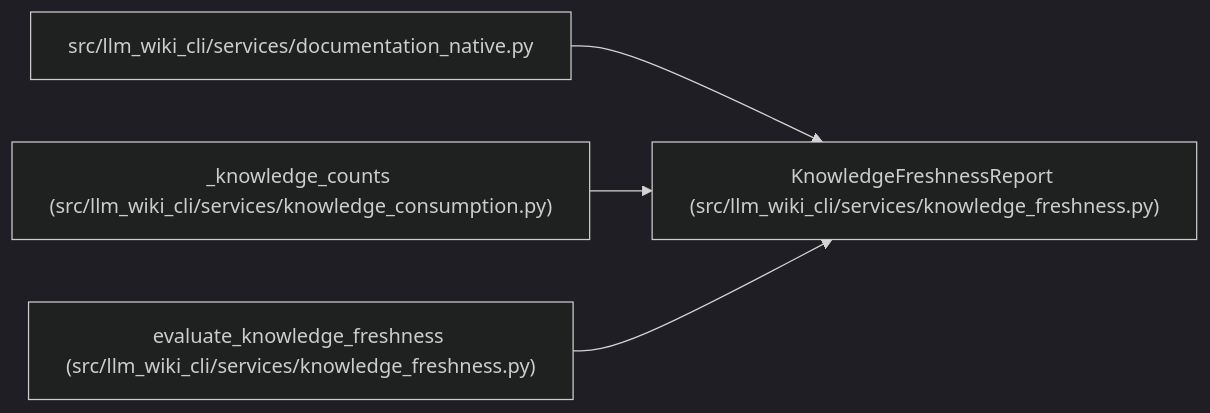
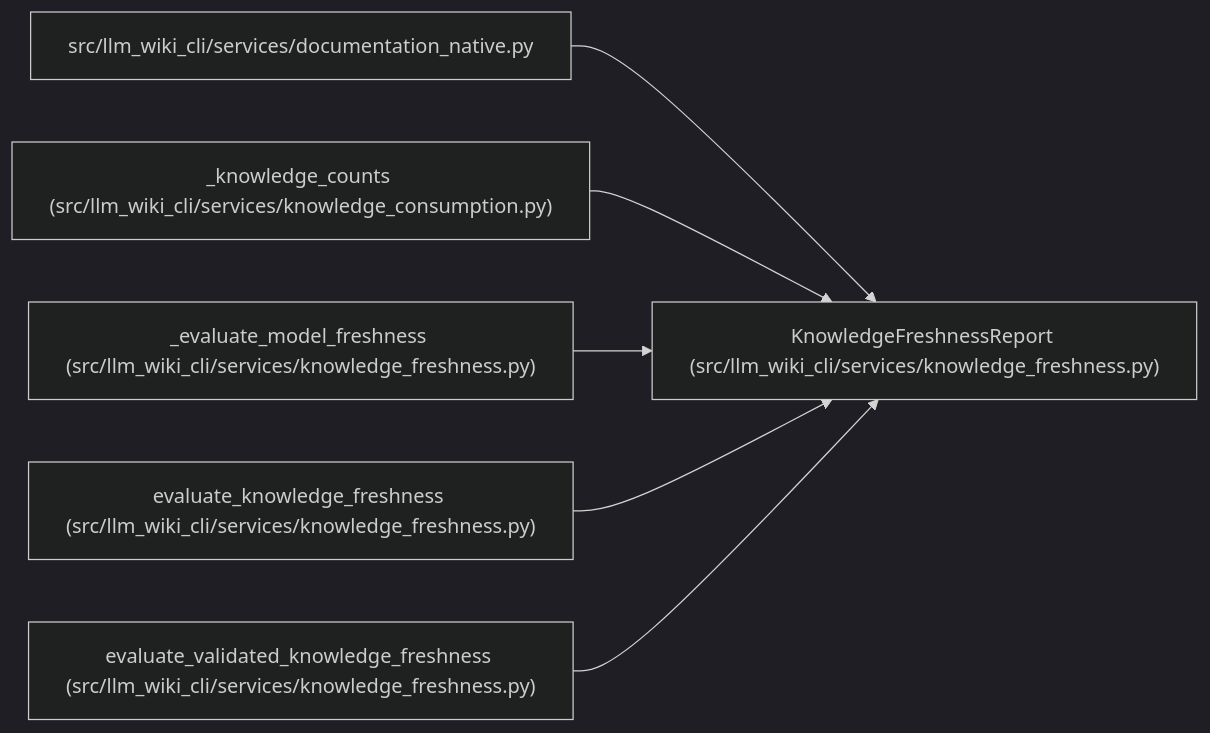
The diagram in docs/llm_wiki/entities/KnowledgeFreshnessReport.md (Denissvgn/python-wiki-llm), drawn with Mermaid (dark theme) before and after one commit. The commit also changed other lines of this file and 240 other files, not shown here.

Commit message:
docs: refresh wiki for validated runtime updates

````diff
--- a/docs/llm_wiki/entities/KnowledgeFreshnessReport.md
+++ b/docs/llm_wiki/entities/KnowledgeFreshnessReport.md
@@ -28,14 +28,20 @@
 ```mermaid
 flowchart LR
     n0["KnowledgeFreshnessReport (src/llm_wiki_cli/services/knowledge_freshness.py)"]
     n1["src/llm_wiki_cli/services/documentation_native.py"]
     n2["_knowledge_counts (src/llm_wiki_cli/services/knowledge_consumption.py)"]
-    n3["evaluate_knowledge_freshness (src/llm_wiki_cli/services/knowledge_freshness.py)"]
+    n3["_evaluate_model_freshness (src/llm_wiki_cli/services/knowledge_freshness.py)"]
+    n4["evaluate_knowledge_freshness (src/llm_wiki_cli/services/knowledge_freshness.py)"]
+    n5["evaluate_validated_knowledge_freshness (src/llm_wiki_cli/services/knowledge_freshness.py)"]
     n1 --> n0
     n2 --> n0
     n3 --> n0
+    n4 --> n0
+    n5 --> n0
     click n0 "../modules/knowledge_freshness.md"
     click n1 "../modules/documentation_native.md"
     click n2 "../modules/knowledge_consumption.md"
     click n3 "../modules/knowledge_freshness.md"
+    click n4 "../modules/knowledge_freshness.md"
+    click n5 "../modules/knowledge_freshness.md"
 ```
````
